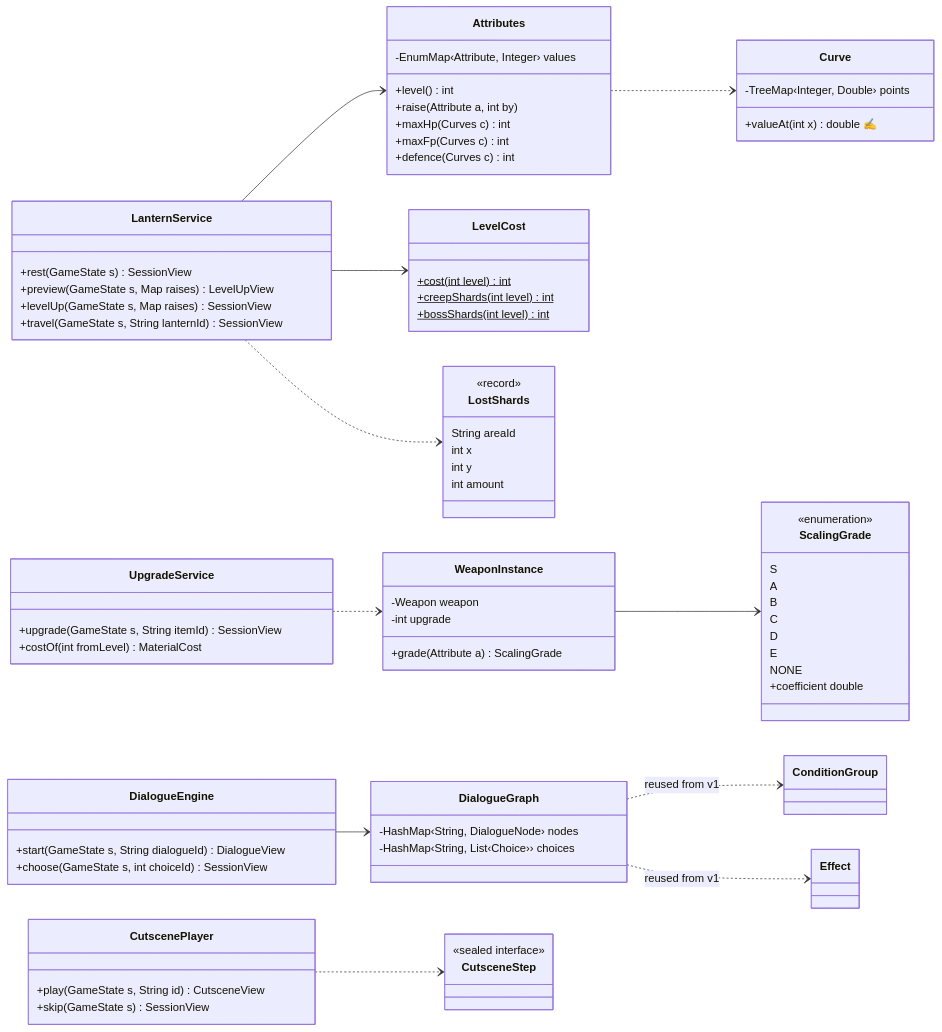
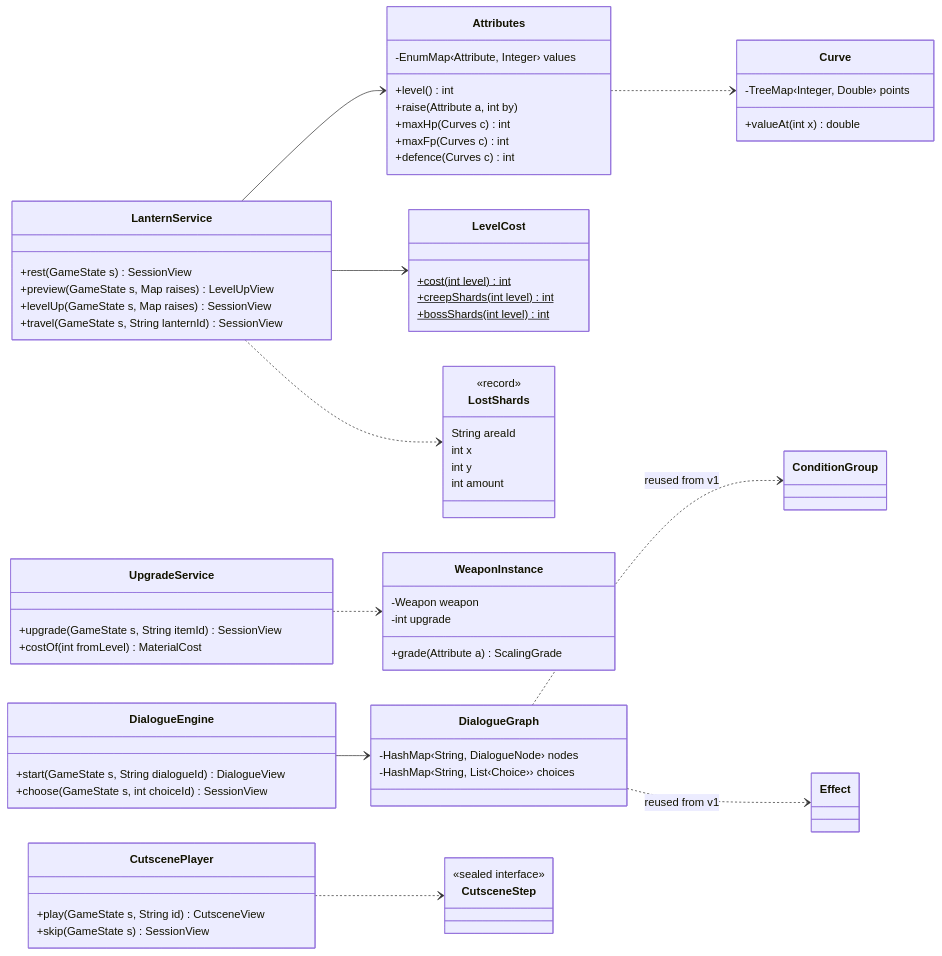
Before and after one commit to Shiven23-coder/shardbound: the seventh of 8 diagrams in docs/diagrams/class-diagram-v2.md, drawn with Mermaid. The commit also changed other lines of this file and 239 other files, not shown here.

````diff
--- a/docs/diagrams/class-diagram-v2.md
+++ b/docs/diagrams/class-diagram-v2.md
@@ -289,82 +446,70 @@
 ```mermaid
 classDiagram
     direction LR
     class Attributes {
         -EnumMap‹Attribute, Integer› values
         +level() int
         +raise(Attribute a, int by)
         +maxHp(Curves c) int
         +maxFp(Curves c) int
         +defence(Curves c) int
     }
     class Curve {
         -TreeMap‹Integer, Double› points
-        +valueAt(int x) double ✍
+        +valueAt(int x) double
     }
     class LevelCost {
         +cost(int level)$ int
         +creepShards(int level)$ int
         +bossShards(int level)$ int
     }
     class LanternService {
         +rest(GameState s) SessionView
         +preview(GameState s, Map raises) LevelUpView
         +levelUp(GameState s, Map raises) SessionView
         +travel(GameState s, String lanternId) SessionView
     }
     class LostShards {
         <<record>>
         String areaId
         int x
         int y
         int amount
     }
     class WeaponInstance {
         -Weapon weapon
         -int upgrade
         +grade(Attribute a) ScalingGrade
-    }
-    class ScalingGrade {
-        <<enumeration>>
-        S
-        A
-        B
-        C
-        D
-        E
-        NONE
-        +coefficient double
     }
     class UpgradeService {
         +upgrade(GameState s, String itemId) SessionView
         +costOf(int fromLevel) MaterialCost
     }
     class DialogueEngine {
         +start(GameState s, String dialogueId) DialogueView
         +choose(GameState s, int choiceId) SessionView
     }
     class DialogueGraph {
         -HashMap‹String, DialogueNode› nodes
         -HashMap‹String, List‹Choice›› choices
     }
     class CutscenePlayer {
         +play(GameState s, String id) CutsceneView
         +skip(GameState s) SessionView
     }
     class CutsceneStep {
         <<sealed interface>>
     }
     class ConditionGroup
     class Effect
 
     Attributes ..> Curve
     LanternService --> Attributes
     LanternService --> LevelCost
     LanternService ..> LostShards
-    WeaponInstance --> ScalingGrade
     UpgradeService ..> WeaponInstance
     DialogueEngine --> DialogueGraph
     DialogueGraph ..> ConditionGroup : reused from v1
     DialogueGraph ..> Effect : reused from v1
     CutscenePlayer ..> CutsceneStep
 ```
````
